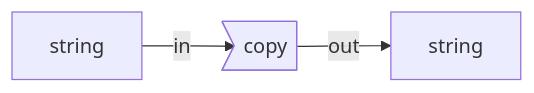
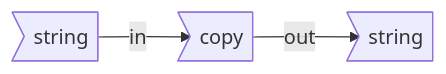
One commit to Heinzad/heinzad.github.io changed the first of 2 diagrams in _posts/2022-11-02-column-transformations-with-t-sql.md. Above: the diagram before and after it, drawn with Mermaid. The commit also changed other lines of this file, not shown here.

````diff
--- a/_posts/2022-11-02-column-transformations-with-t-sql.md
+++ b/_posts/2022-11-02-column-transformations-with-t-sql.md
@@ -44,5 +44,5 @@
 ```mermaid 
 graph LR; 
-A[string]--in-->T>copy]; 
-T-- out -->B[string];
+A>string]-- in -->T>copy]; 
+T-- out -->B>string];
 ``` 
````
